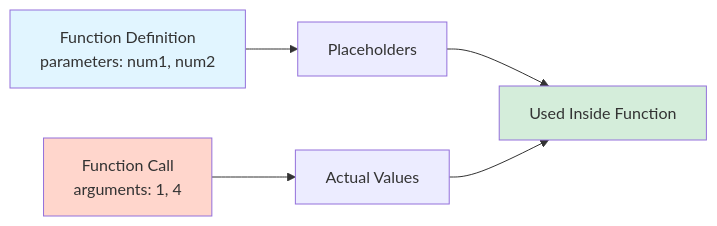
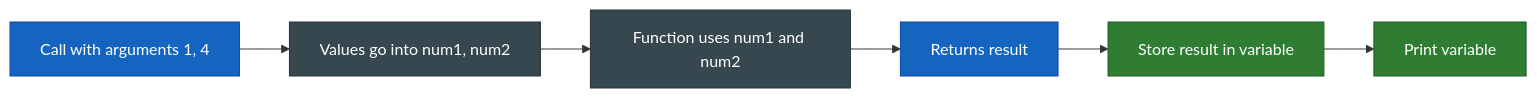
The third of 4 diagrams in newInstructions.md (GedikEngin/CSU_CS150_SP26_Lab03), drawn with Mermaid before and after one commit. The commit also changed other lines of this file, not shown here.

````diff
--- a/newInstructions.md
+++ b/newInstructions.md
@@ -120,11 +106,15 @@
 ```mermaid
-graph LR
-    A[Function Definition<br/>parameters: num1, num2] --> B[Placeholders]
-    C[Function Call<br/>arguments: 1, 4] --> D[Actual Values]
-    B --> E[Used Inside Function]
-    D --> E
-    
-    style A fill:#e1f5ff
-    style C fill:#ffd6cc
-    style E fill:#d4edda
+flowchart LR
+    A[Call with arguments 1, 4] --> B[Values go into num1, num2]
+    B --> C[Function uses num1 and num2]
+    C --> D[Returns result]
+    D --> E[Store result in variable]
+    E --> F[Print variable]
+
+    style A fill:#1565c0,stroke:#0d47a1,color:#fff
+    style B fill:#37474f,stroke:#263238,color:#fff
+    style C fill:#37474f,stroke:#263238,color:#fff
+    style D fill:#1565c0,stroke:#0d47a1,color:#fff
+    style E fill:#2e7d32,stroke:#1b5e20,color:#fff
+    style F fill:#2e7d32,stroke:#1b5e20,color:#fff
 ```
````
